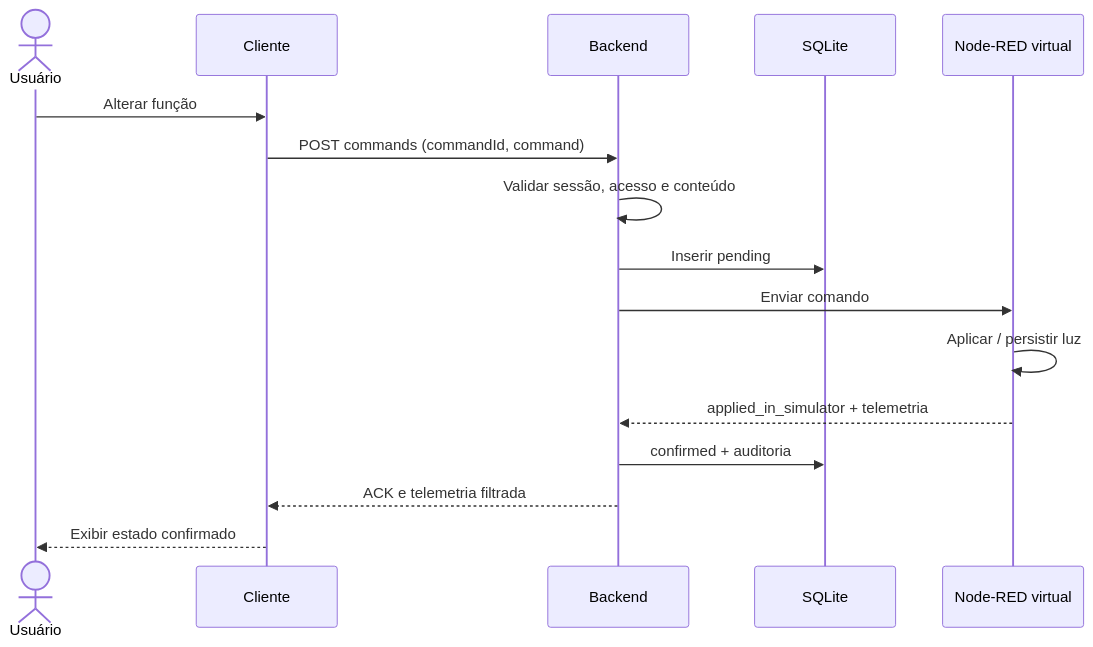
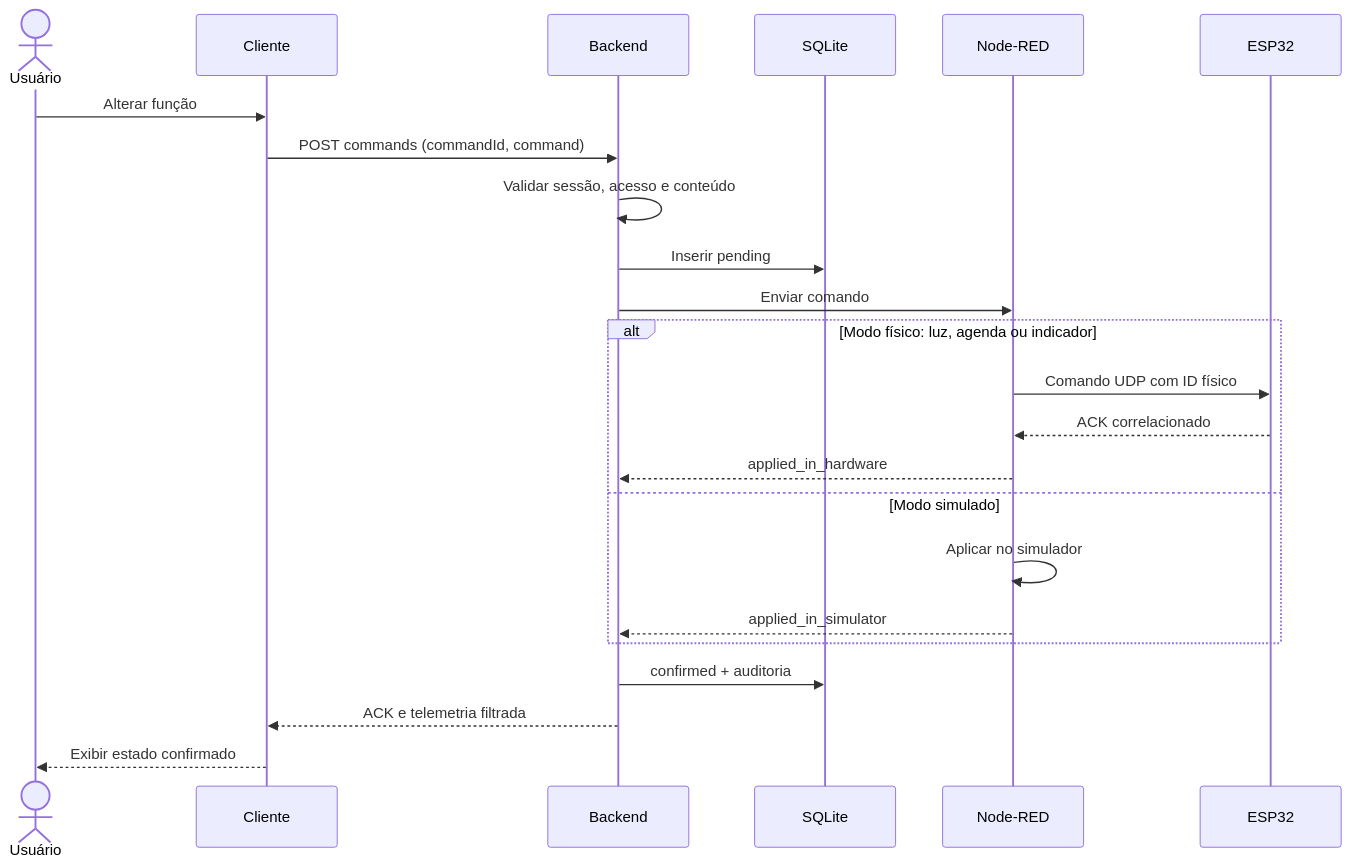
Before and after one commit to Cesarcfw/tcc-maquete-app: the second of 2 diagrams in docs/arquitetura.md, drawn with Mermaid. The commit also changed other lines of this file and 42 other files, not shown here.

````diff
--- a/docs/arquitetura.md
+++ b/docs/arquitetura.md
@@ -66,18 +69,25 @@
 ```mermaid
 sequenceDiagram
   actor U as Usuário
   participant C as Cliente
   participant B as Backend
   participant D as SQLite
-  participant N as Node-RED virtual
+  participant N as Node-RED
+  participant E as ESP32
   U->>C: Alterar função
   C->>B: POST commands (commandId, command)
   B->>B: Validar sessão, acesso e conteúdo
   B->>D: Inserir pending
   B->>N: Enviar comando
-  N->>N: Aplicar / persistir luz
-  N-->>B: applied_in_simulator + telemetria
+  alt Modo físico: luz, agenda ou indicador
+    N->>E: Comando UDP com ID físico
+    E-->>N: ACK correlacionado
+    N-->>B: applied_in_hardware
+  else Modo simulado
+    N->>N: Aplicar no simulador
+    N-->>B: applied_in_simulator
+  end
   B->>D: confirmed + auditoria
   B-->>C: ACK e telemetria filtrada
   C-->>U: Exibir estado confirmado
 ```
````
